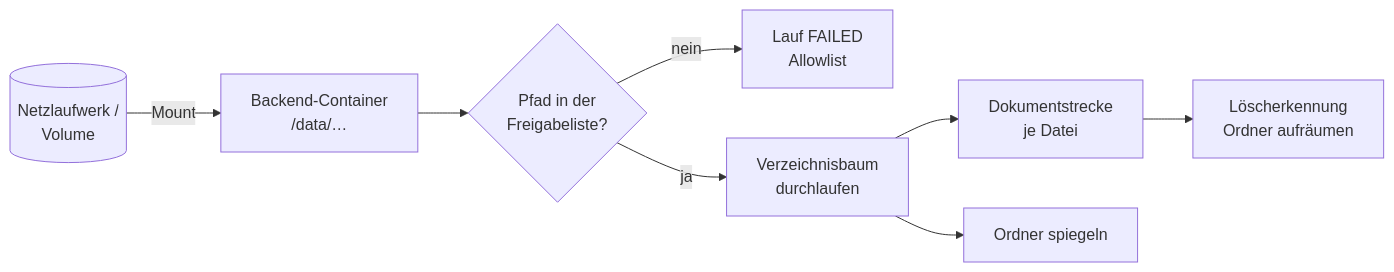
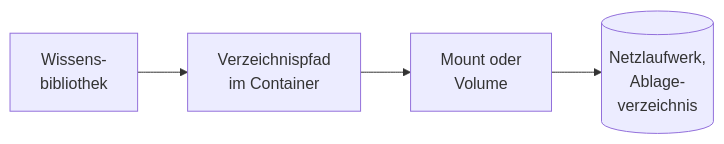
One commit to criew/opaa changed the diagram in docs/handbuch/konnektoren/filesystem.md. Above: the diagram before and after it, drawn with Mermaid. The commit also changed other lines of this file and 16 other files, not shown here.

````diff
--- a/docs/handbuch/konnektoren/filesystem.md
+++ b/docs/handbuch/konnektoren/filesystem.md
@@ -15,10 +10,6 @@
 ```mermaid
 flowchart LR
-    NL[(Netzlaufwerk /<br/>Volume)] -->|Mount| C[Backend-Container<br/>/data/…]
-    C --> A{Pfad in der<br/>Freigabeliste?}
-    A -- nein --> F[Lauf FAILED<br/>Allowlist]
-    A -- ja --> W[Verzeichnisbaum<br/>durchlaufen]
-    W --> D[Dokumentstrecke<br/>je Datei]
-    W --> O[Ordner spiegeln]
-    D --> L[Löscherkennung<br/>Ordner aufräumen]
+    B[Wissens-<br/>bibliothek] --> P[Verzeichnispfad<br/>im Container]
+    P --> M[Mount oder<br/>Volume]
+    M --> N[(Netzlaufwerk,<br/>Ablage-<br/>verzeichnis)]
 ```
````
